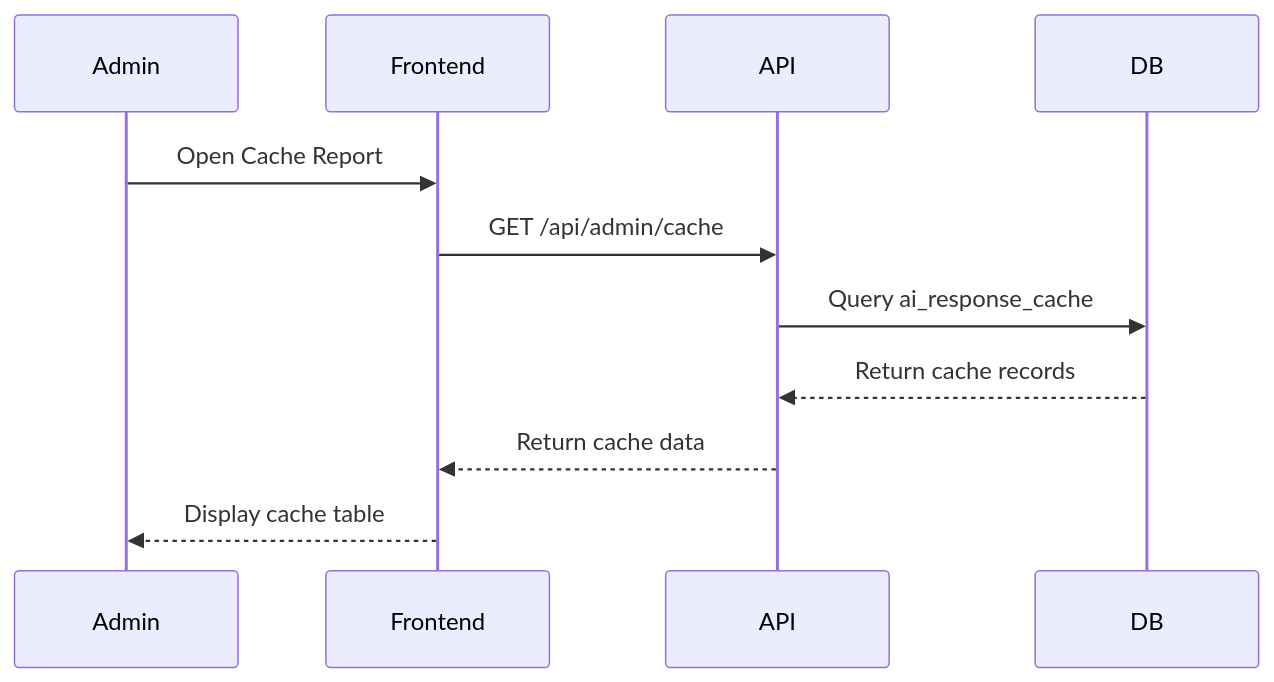
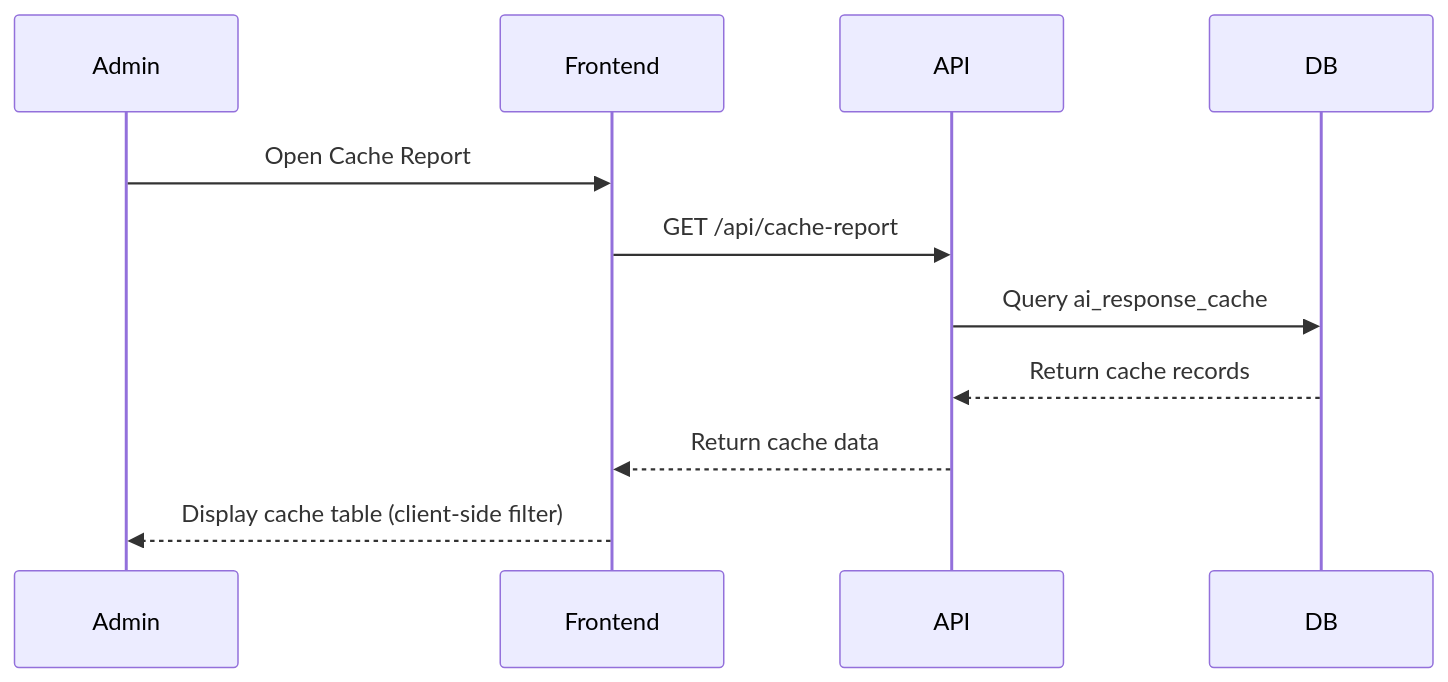
One commit to devgoon/me changed the fifth of 5 diagrams in README.md. Above: the diagram before and after it, drawn with Mermaid. The commit also changed other lines of this file and 2 other files, not shown here.

`````diff
--- a/README.md
+++ b/README.md
@@ -283,14 +345,14 @@
 ````mermaid
 sequenceDiagram
   participant Admin
   participant Frontend
   participant API
   participant DB
 
   Admin->>Frontend: Open Cache Report
-  Frontend->>API: GET /api/admin/cache
+  Frontend->>API: GET /api/cache-report
   API->>DB: Query ai_response_cache
   DB-->>API: Return cache records
   API-->>Frontend: Return cache data
-  Frontend-->>Admin: Display cache table
+  Frontend-->>Admin: Display cache table (client-side filter)
 ````
`````
